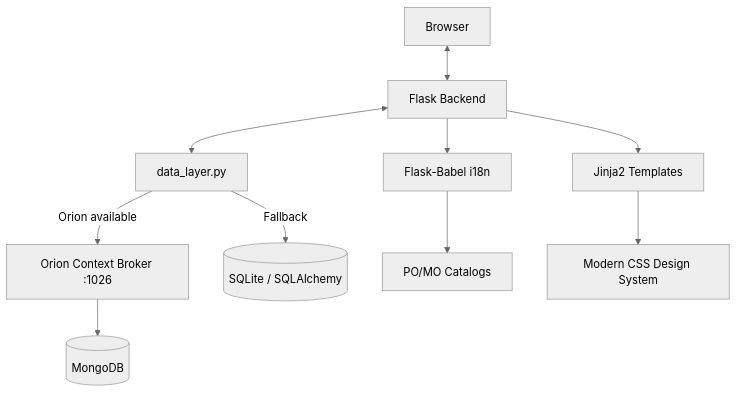
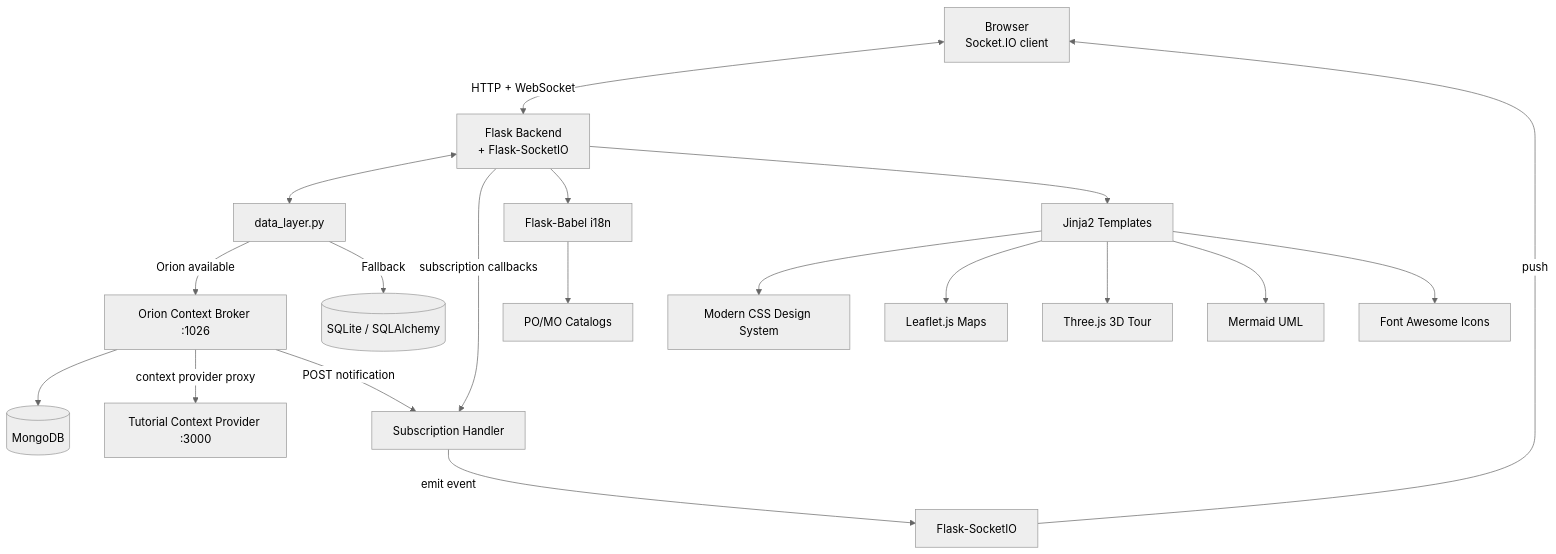
The diagram in architecture.md (Enrichpg/P2-XDEI), drawn with Mermaid (neutral theme) before and after one commit. The commit also changed other lines of this file and 2 other files, not shown here.

Commit message:
docs: update PRD, architecture and data model for P2 requirements

````diff
--- a/architecture.md
+++ b/architecture.md
@@ -6,12 +6,21 @@
 ```mermaid
 graph TD
-    Client[Browser] <--> FlaskApp[Flask Backend]
+    Client[Browser<br>Socket.IO client] <-->|HTTP + WebSocket| FlaskApp[Flask Backend<br>+ Flask-SocketIO]
     FlaskApp <--> DataLayer[data_layer.py]
     DataLayer -->|Orion available| Orion[Orion Context Broker :1026]
     DataLayer -->|Fallback| DB[(SQLite / SQLAlchemy)]
     Orion --> MongoDB[(MongoDB)]
+    Orion -->|context provider proxy| CtxProvider[Tutorial Context Provider :3000]
+    FlaskApp -->|subscription callbacks| SubHandler[Subscription Handler]
+    SubHandler -->|emit event| SocketIO[Flask-SocketIO]
+    SocketIO -->|push| Client
+    Orion -->|POST notification| SubHandler
     FlaskApp --> Babel[Flask-Babel i18n]
     Babel --> PO[PO/MO Catalogs]
     FlaskApp --> Templates[Jinja2 Templates]
     Templates --> CSS[Modern CSS Design System]
+    Templates --> Leaflet[Leaflet.js Maps]
+    Templates --> ThreeJS[Three.js 3D Tour]
+    Templates --> MermaidJS[Mermaid UML]
+    Templates --> FA[Font Awesome Icons]
 ```
````
